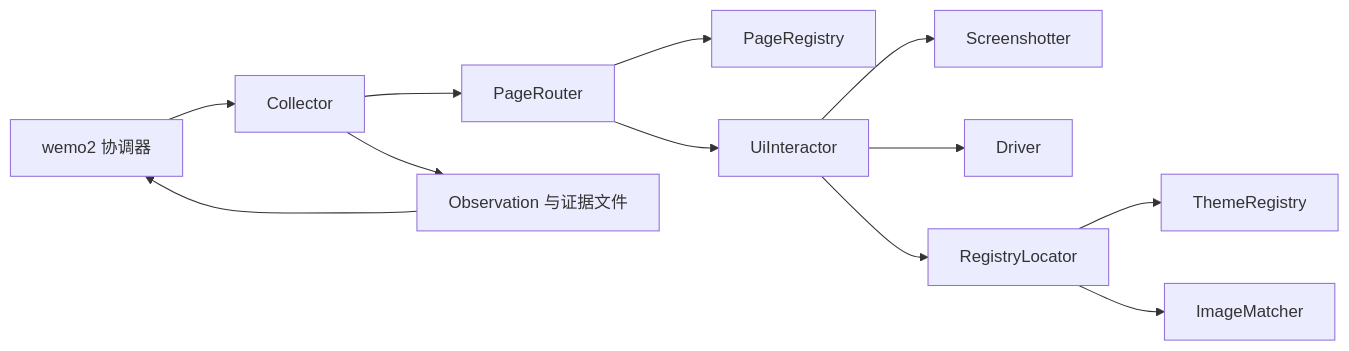
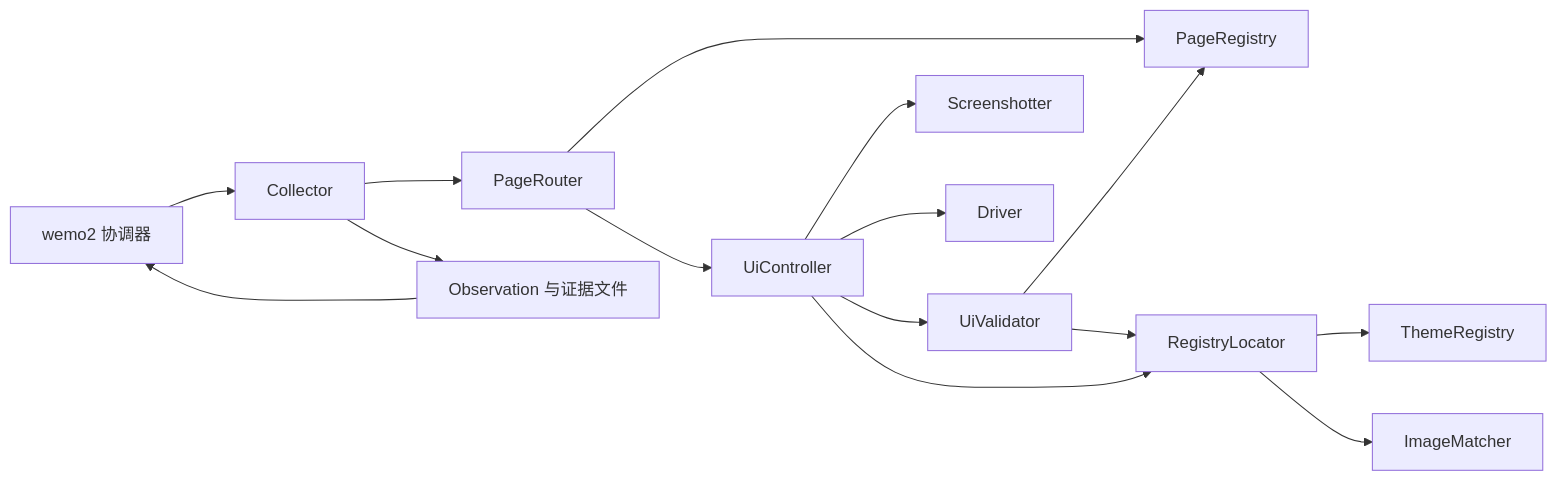
Before and after one commit to JackyLee3362/wemo2: the diagram in src/wemo2_collector/ARCHITECTURE.md, drawn with Mermaid. The commit also changed other lines of this file and 36 other files, not shown here.

````diff
--- a/src/wemo2_collector/ARCHITECTURE.md
+++ b/src/wemo2_collector/ARCHITECTURE.md
@@ -33,14 +34,17 @@
 ```mermaid
 flowchart LR
     App[wemo2 协调器] --> Collector[Collector]
     Collector --> Router[PageRouter]
     Router --> Pages[PageRegistry]
-    Router --> Interaction[UiInteractor]
-    Interaction --> Capture[Screenshotter]
-    Interaction --> Driver[Driver]
-    Interaction --> Locator[RegistryLocator]
+    Router --> Controller[UiController]
+    Controller --> Validator[UiValidator]
+    Validator --> Pages
+    Validator --> Locator[RegistryLocator]
+    Controller --> Capture[Screenshotter]
+    Controller --> Driver[Driver]
+    Controller --> Locator
     Locator --> Themes[ThemeRegistry]
     Locator --> Matcher[ImageMatcher]
     Collector --> Data[Observation 与证据文件]
     Data --> App
 ```
````
